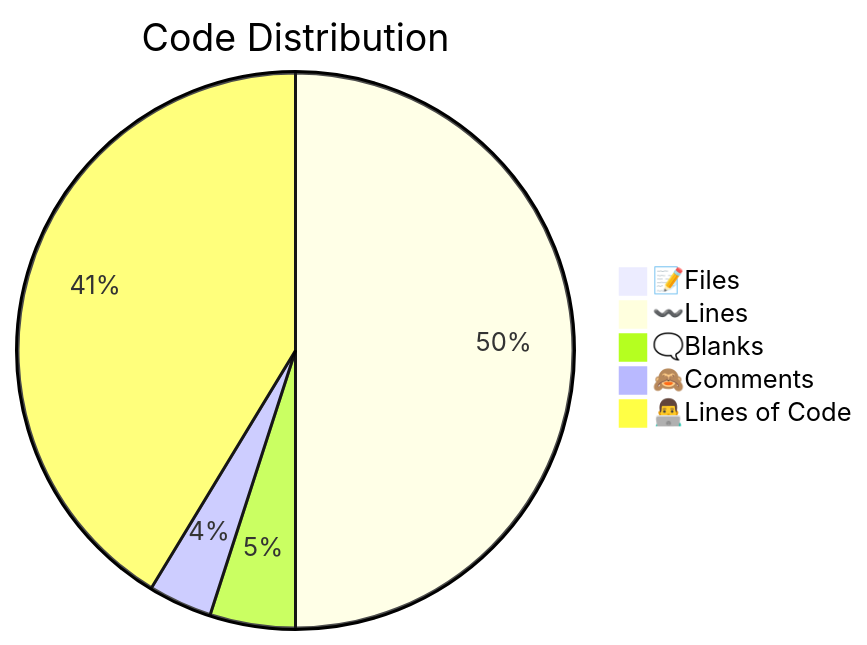
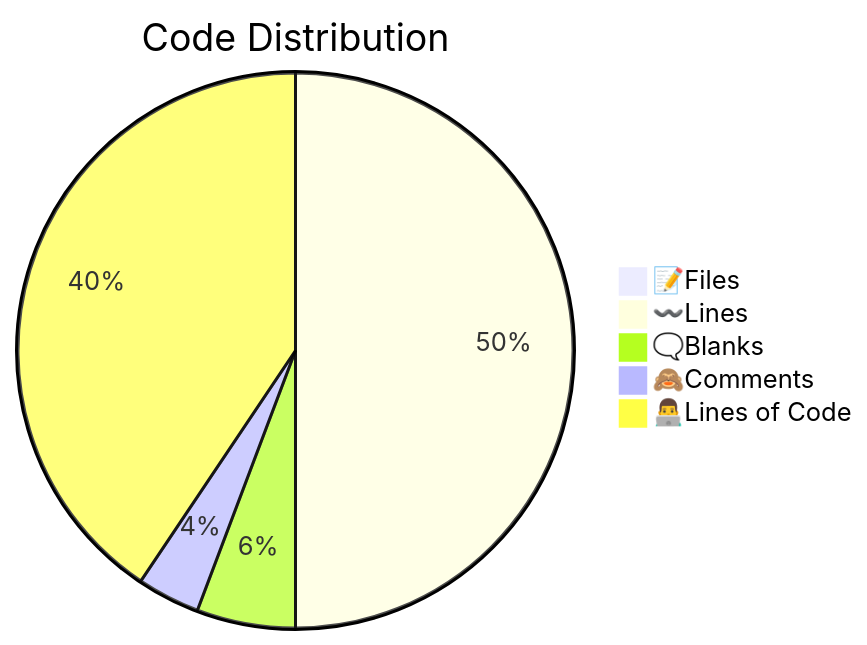
Before and after one commit to PyNetic/PyNetic: the second of 2 diagrams in .github/stats/Code Statistics.md, drawn with Mermaid. The commit also changed other lines of this file, not shown here.

````diff
--- a/.github/stats/Code Statistics.md
+++ b/.github/stats/Code Statistics.md
@@ -18,8 +19,8 @@
 ```mermaid
 pie title Code Distribution
     "📝Files" : 40
-    "〰️Lines" : 2615
-    "🗨️Blanks" : 260
-    "🙈Comments" : 194
-    "👨‍💻Lines of Code" : 2161
+    "〰️Lines" : 2680
+    "🗨️Blanks" : 308
+    "🙈Comments" : 196
+    "👨‍💻Lines of Code" : 2176
 ```
````
